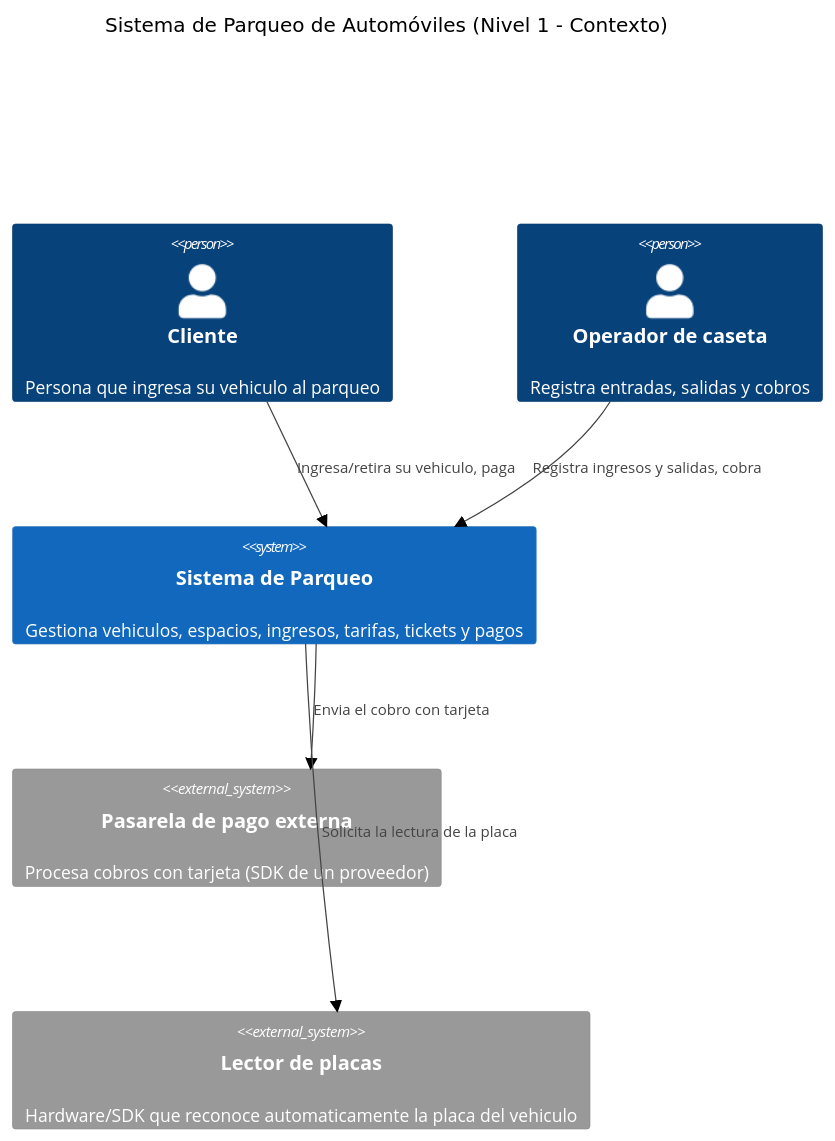
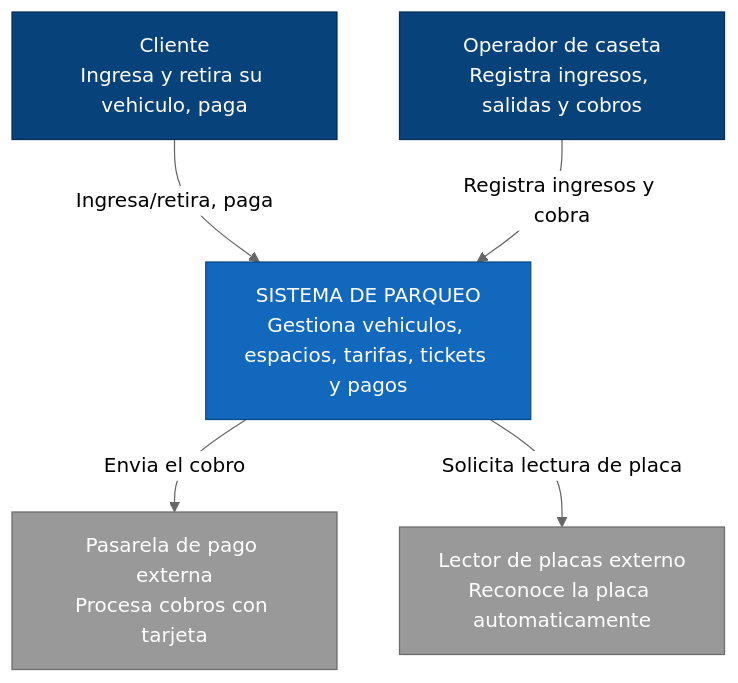
Before and after one commit to wilmerchura-design/expediente-arq-wilmerchura: the first of 2 diagrams in h4/README.md, drawn with Mermaid (neutral theme). The commit also changed other lines of this file, not shown here.

````diff
--- a/h4/README.md
+++ b/h4/README.md
@@ -5,17 +5,21 @@
 ```mermaid
-C4Context
-    title Sistema de Parqueo de Automóviles (Nivel 1 - Contexto)
+flowchart TD
+    Cliente["Cliente<br/>Ingresa y retira su vehiculo, paga"]
+    Operador["Operador de caseta<br/>Registra ingresos, salidas y cobros"]
+    Sistema["SISTEMA DE PARQUEO<br/>Gestiona vehiculos, espacios, tarifas, tickets y pagos"]
+    Pasarela["Pasarela de pago externa<br/>Procesa cobros con tarjeta"]
+    Lector["Lector de placas externo<br/>Reconoce la placa automaticamente"]
 
-    Person(cliente, "Cliente", "Persona que ingresa su vehiculo al parqueo")
-    Person(operador, "Operador de caseta", "Registra entradas, salidas y cobros")
+    Cliente -- "Ingresa/retira, paga" --> Sistema
+    Operador -- "Registra ingresos y cobra" --> Sistema
+    Sistema -- "Envia el cobro" --> Pasarela
+    Sistema -- "Solicita lectura de placa" --> Lector
 
-    System(sistemaParqueo, "Sistema de Parqueo", "Gestiona vehiculos, espacios, ingresos, tarifas, tickets y pagos")
+    classDef persona fill:#08427b,color:#fff,stroke:#052e56;
+    classDef sistema fill:#1168bd,color:#fff,stroke:#0b4884;
+    classDef externo fill:#999999,color:#fff,stroke:#6b6b6b;
 
-    System_Ext(pasarelaPago, "Pasarela de pago externa", "Procesa cobros con tarjeta (SDK de un proveedor)")
-    System_Ext(lectorPlacas, "Lector de placas", "Hardware/SDK que reconoce automaticamente la placa del vehiculo")
-
-    Rel(cliente, sistemaParqueo, "Ingresa/retira su vehiculo, paga")
-    Rel(operador, sistemaParqueo, "Registra ingresos y salidas, cobra")
-    Rel(sistemaParqueo, pasarelaPago, "Envia el cobro con tarjeta")
-    Rel(sistemaParqueo, lectorPlacas, "Solicita la lectura de la placa")
+    class Cliente,Operador persona;
+    class Sistema sistema;
+    class Pasarela,Lector externo;
 ```
````
